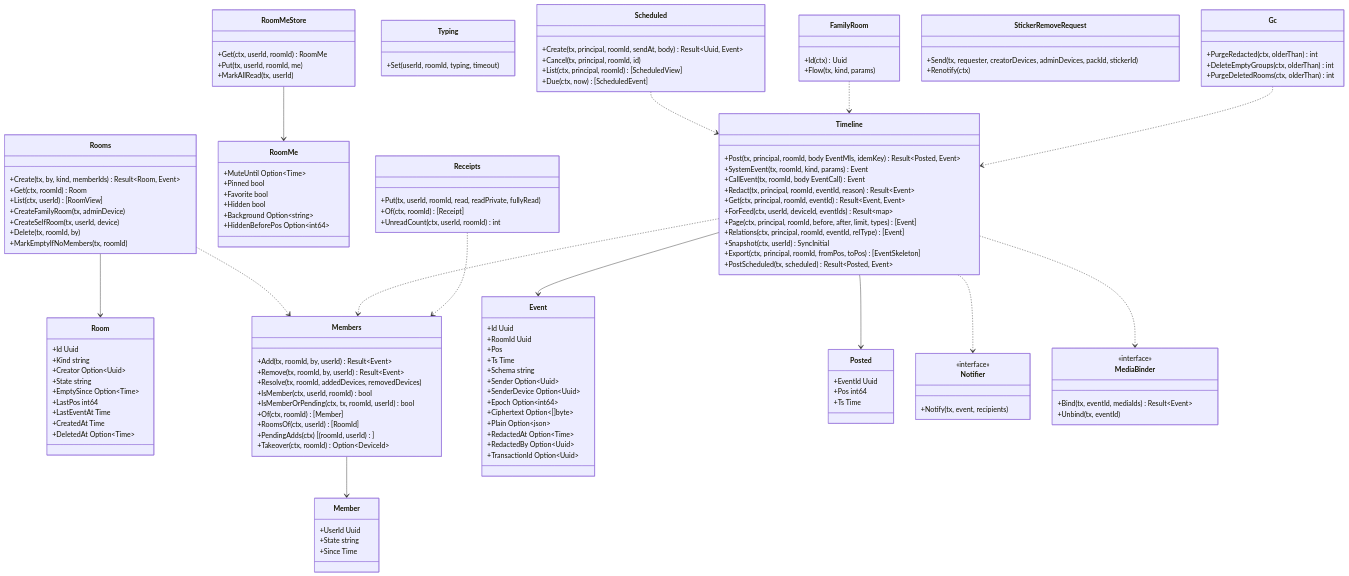
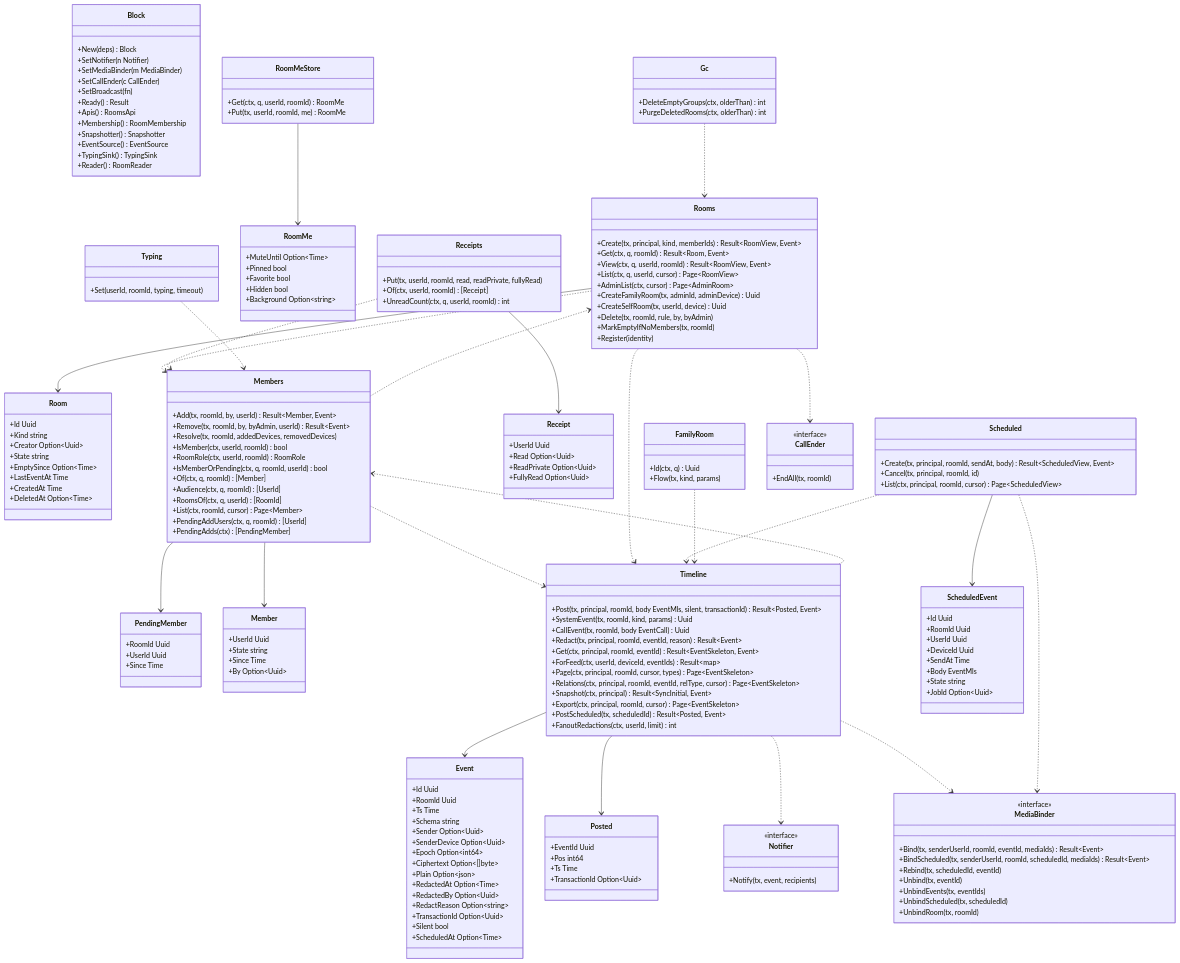
One commit to nrsd-ishikawasou/family-talk-pwa changed the diagram in dev/docs/jp/ブロック/srv-rooms.md. Above: the diagram before and after it, drawn with Mermaid. The commit also changed other lines of this file and 117 other files, not shown here.

````diff
--- a/dev/docs/jp/ブロック/srv-rooms.md
+++ b/dev/docs/jp/ブロック/srv-rooms.md
@@ -57,40 +68,65 @@
 ```mermaid
 classDiagram
+  class Block {
+    +New(deps) Block
+    +SetNotifier(n Notifier)
+    +SetMediaBinder(m MediaBinder)
+    +SetCallEnder(c CallEnder)
+    +SetBroadcast(fn)
+    +Ready() Result
+    +Apis() RoomsApi
+    +Membership() RoomMembership
+    +Snapshotter() Snapshotter
+    +EventSource() EventSource
+    +TypingSink() TypingSink
+    +Reader() RoomReader
+  }
   class Room {
     +Id Uuid
     +Kind string
     +Creator Option~Uuid~
     +State string
     +EmptySince Option~Time~
-    +LastPos int64
     +LastEventAt Time
     +CreatedAt Time
     +DeletedAt Option~Time~
   }
   class Rooms {
-    +Create(tx, by, kind, memberIds) Result~Room, Event~
-    +Get(ctx, roomId) Room
-    +List(ctx, userId) [RoomView]
-    +CreateFamilyRoom(tx, adminDevice)
-    +CreateSelfRoom(tx, userId, device)
-    +Delete(tx, roomId, by)
+    +Create(tx, principal, kind, memberIds) Result~RoomView, Event~
+    +Get(ctx, q, roomId) Result~Room, Event~
+    +View(ctx, q, userId, roomId) Result~RoomView, Event~
+    +List(ctx, q, userId, cursor) Page~RoomView~
+    +AdminList(ctx, cursor) Page~AdminRoom~
+    +CreateFamilyRoom(tx, adminId, adminDevice) Uuid
+    +CreateSelfRoom(tx, userId, device) Uuid
+    +Delete(tx, roomId, rule, by, byAdmin)
     +MarkEmptyIfNoMembers(tx, roomId)
+    +Register(identity)
   }
   class Members {
-    +Add(tx, roomId, by, userId) Result~Event~
-    +Remove(tx, roomId, by, userId) Result~Event~
+    +Add(tx, roomId, by, userId) Result~Member, Event~
+    +Remove(tx, roomId, by, byAdmin, userId) Result~Event~
     +Resolve(tx, roomId, addedDevices, removedDevices)
     +IsMember(ctx, userId, roomId) bool
-    +IsMemberOrPending(ctx, tx, roomId, userId) bool
-    +Of(ctx, roomId) [Member]
-    +RoomsOf(ctx, userId) [RoomId]
-    +PendingAdds(ctx) [(roomId, userId)]
-    +Takeover(ctx, roomId) Option~DeviceId~
+    +RoomRole(ctx, userId, roomId) RoomRole
+    +IsMemberOrPending(ctx, q, roomId, userId) bool
+    +Of(ctx, q, roomId) [Member]
+    +Audience(ctx, q, roomId) [UserId]
+    +RoomsOf(ctx, q, userId) [RoomId]
+    +List(ctx, roomId, cursor) Page~Member~
+    +PendingAddUsers(ctx, q, roomId) [UserId]
+    +PendingAdds(ctx) [PendingMember]
+  }
+  class PendingMember {
+    +RoomId Uuid
+    +UserId Uuid
+    +Since Time
   }
   class Member {
     +UserId Uuid
     +State string
     +Since Time
+    +By Option~Uuid~
   }
   class RoomMe {
     +MuteUntil Option~Time~
@@ -98,17 +134,14 @@
     +Favorite bool
     +Hidden bool
     +Background Option~string~
-    +HiddenBeforePos Option~int64~
   }
   class RoomMeStore {
-    +Get(ctx, userId, roomId) RoomMe
-    +Put(tx, userId, roomId, me)
-    +MarkAllRead(tx, userId)
+    +Get(ctx, q, userId, roomId) RoomMe
+    +Put(tx, userId, roomId, me) RoomMe
   }
   class Event {
     +Id Uuid
     +RoomId Uuid
-    +Pos
     +Ts Time
     +Schema string
     +Sender Option~Uuid~
@@ -118,47 +151,63 @@
     +Plain Option~json~
     +RedactedAt Option~Time~
     +RedactedBy Option~Uuid~
+    +RedactReason Option~string~
     +TransactionId Option~Uuid~
+    +Silent bool
+    +ScheduledAt Option~Time~
   }
   class Timeline {
-    +Post(tx, principal, roomId, body EventMls, idemKey) Result~Posted, Event~
-    +SystemEvent(tx, roomId, kind, params) Event
-    +CallEvent(tx, roomId, body EventCall) Event
+    +Post(tx, principal, roomId, body EventMls, silent, transactionId) Result~Posted, Event~
+    +SystemEvent(tx, roomId, kind, params) Uuid
+    +CallEvent(tx, roomId, body EventCall) Uuid
     +Redact(tx, principal, roomId, eventId, reason) Result~Event~
-    +Get(ctx, principal, roomId, eventId) Result~Event, Event~
+    +Get(ctx, principal, roomId, eventId) Result~EventSkeleton, Event~
     +ForFeed(ctx, userId, deviceId, eventIds) Result~map~
-    +Page(ctx, principal, roomId, before, after, limit, types) [Event]
-    +Relations(ctx, principal, roomId, eventId, relType) [Event]
-    +Snapshot(ctx, userId) SyncInitial
-    +Export(ctx, principal, roomId, fromPos, toPos) [EventSkeleton]
-    +PostScheduled(tx, scheduled) Result~Posted, Event~
+    +Page(ctx, principal, roomId, cursor, types) Page~EventSkeleton~
+    +Relations(ctx, principal, roomId, eventId, relType, cursor) Page~EventSkeleton~
+    +Snapshot(ctx, principal) Result~SyncInitial, Event~
+    +Export(ctx, principal, roomId, cursor) Page~EventSkeleton~
+    +PostScheduled(tx, scheduledId) Result~Posted, Event~
+    +FanoutRedactions(ctx, userId, limit) int
   }
   class Posted {
     +EventId Uuid
     +Pos int64
     +Ts Time
+    +TransactionId Option~Uuid~
   }
   class Receipts {
     +Put(tx, userId, roomId, read, readPrivate, fullyRead)
-    +Of(ctx, roomId) [Receipt]
-    +UnreadCount(ctx, userId, roomId) int
+    +Of(ctx, userId, roomId) [Receipt]
+    +UnreadCount(ctx, q, userId, roomId) int
+  }
+  class Receipt {
+    +UserId Uuid
+    +Read Option~Uuid~
+    +ReadPrivate Option~Uuid~
+    +FullyRead Option~Uuid~
   }
   class Typing {
     +Set(userId, roomId, typing, timeout)
   }
   class Scheduled {
-    +Create(tx, principal, roomId, sendAt, body) Result~Uuid, Event~
+    +Create(tx, principal, roomId, sendAt, body) Result~ScheduledView, Event~
     +Cancel(tx, principal, roomId, id)
-    +List(ctx, principal, roomId) [ScheduledView]
-    +Due(ctx, now) [ScheduledEvent]
+    +List(ctx, principal, roomId, cursor) Page~ScheduledView~
+  }
+  class ScheduledEvent {
+    +Id Uuid
+    +RoomId Uuid
+    +UserId Uuid
+    +DeviceId Uuid
+    +SendAt Time
+    +Body EventMls
+    +State string
+    +JobId Option~Uuid~
   }
   class FamilyRoom {
-    +Id(ctx) Uuid
+    +Id(ctx, q) Uuid
     +Flow(tx, kind, params)
-  }
-  class StickerRemoveRequest {
-    +Send(tx, requester, creatorDevices, adminDevices, packId, stickerId)
-    +Renotify(ctx)
   }
   class Notifier {
     <<interface>>
@@ -166,25 +215,42 @@
   }
   class MediaBinder {
     <<interface>>
-    +Bind(tx, eventId, mediaIds) Result~Event~
+    +Bind(tx, senderUserId, roomId, eventId, mediaIds) Result~Event~
+    +BindScheduled(tx, senderUserId, roomId, scheduledId, mediaIds) Result~Event~
+    +Rebind(tx, scheduledId, eventId)
     +Unbind(tx, eventId)
+    +UnbindEvents(tx, eventIds)
+    +UnbindScheduled(tx, scheduledId)
+    +UnbindRoom(tx, roomId)
+  }
+  class CallEnder {
+    <<interface>>
+    +EndAll(tx, roomId)
   }
   class Gc {
-    +PurgeRedacted(ctx, olderThan) int
     +DeleteEmptyGroups(ctx, olderThan) int
     +PurgeDeletedRooms(ctx, olderThan) int
   }
   Rooms --> Room
   Rooms ..> Members
   Members --> Member
+  Members --> PendingMember
+  Members ..> Rooms
+  Members ..> Timeline
   RoomMeStore --> RoomMe
   Timeline --> Event
   Timeline --> Posted
   Timeline ..> Notifier
   Timeline ..> MediaBinder
+  Rooms ..> CallEnder
+  Rooms ..> Timeline
   Timeline ..> Members
   Scheduled ..> Timeline
+  Scheduled ..> MediaBinder
   FamilyRoom ..> Timeline
   Receipts ..> Members
-  Gc ..> Timeline
+  Receipts --> Receipt
+  Scheduled --> ScheduledEvent
+  Typing ..> Members
+  Gc ..> Rooms
 ```
````
